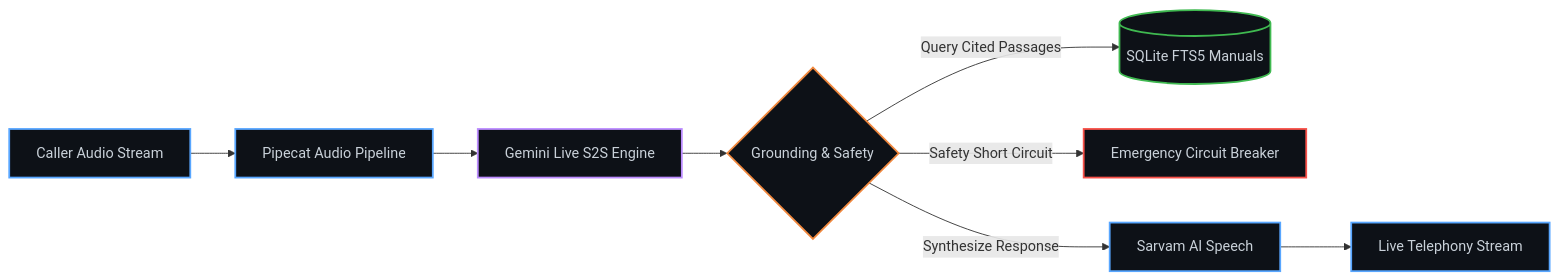
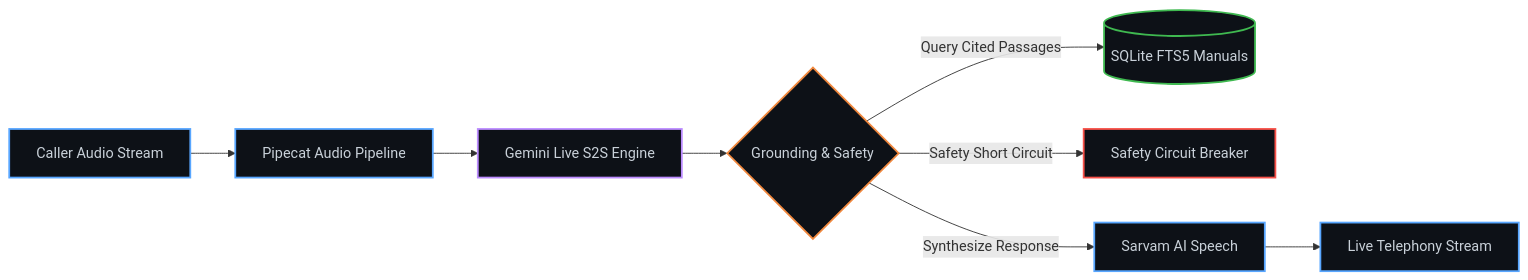
Before and after one commit to shahmanager/shahmanager: the diagram in README.md, drawn with Mermaid. The commit also changed other lines of this file, not shown here.

````diff
--- a/README.md
+++ b/README.md
@@ -66,19 +66,19 @@
 ```mermaid
 flowchart LR
     A["Caller Audio Stream"] --> B["Pipecat Audio Pipeline"]
     B --> C["Gemini Live S2S Engine"]
     C --> D{"Grounding & Safety"}
     D -->|"Query Cited Passages"| E[("SQLite FTS5 Manuals")]
-    D -->|"Safety Short Circuit"| F["Emergency Circuit Breaker"]
+    D -->|"Safety Short Circuit"| F["Safety Circuit Breaker"]
     D -->|"Synthesize Response"| G["Sarvam AI Speech"]
     G --> H["Live Telephony Stream"]
 
     style A fill:#0d1117,stroke:#58a6ff,stroke-width:2px,color:#c9d1d9
     style B fill:#0d1117,stroke:#58a6ff,stroke-width:2px,color:#c9d1d9
     style C fill:#0d1117,stroke:#bc8cff,stroke-width:2px,color:#c9d1d9
     style D fill:#0d1117,stroke:#f0883e,stroke-width:2px,color:#c9d1d9
     style E fill:#0d1117,stroke:#3fb950,stroke-width:2px,color:#c9d1d9
     style F fill:#0d1117,stroke:#f85149,stroke-width:2px,color:#c9d1d9
     style G fill:#0d1117,stroke:#58a6ff,stroke-width:2px,color:#c9d1d9
     style H fill:#0d1117,stroke:#58a6ff,stroke-width:2px,color:#c9d1d9
 ```
````
